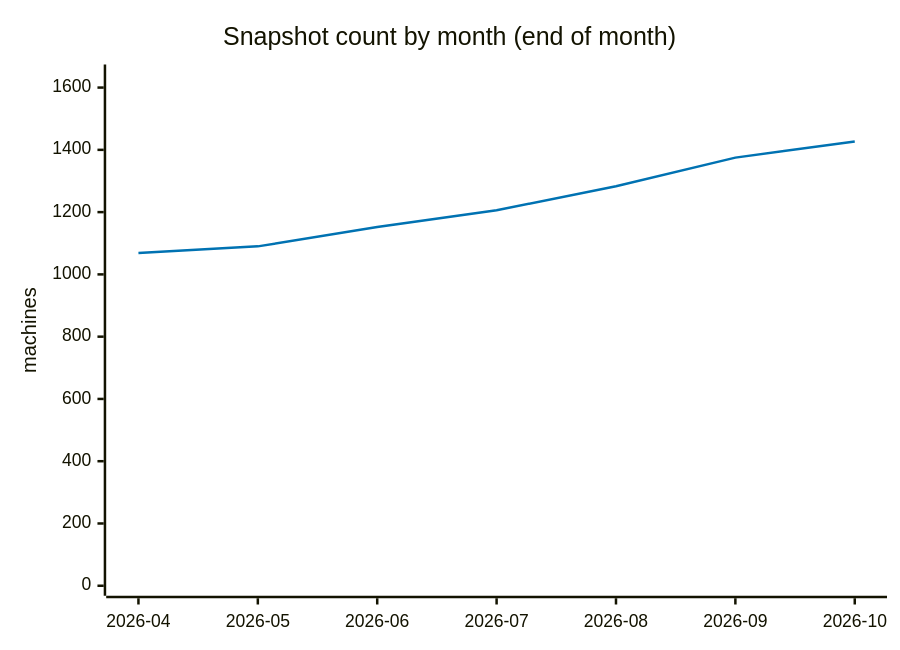
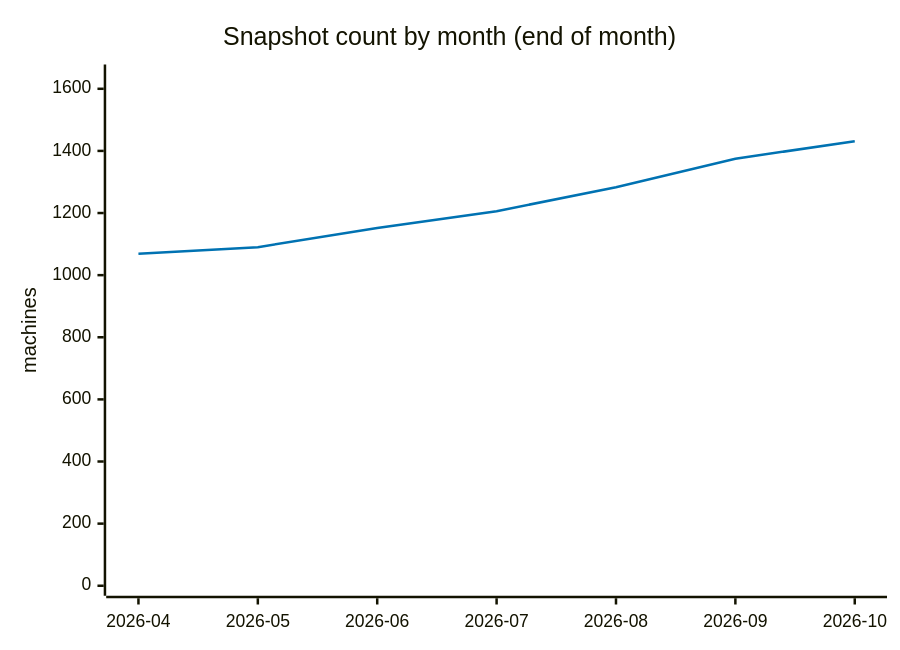
One commit to cheeaun/returnright-data changed the fourth of 5 diagrams in ANALYSIS.md. Above: the diagram before and after it, drawn with Mermaid. The commit also changed other lines of this file and 4 other files, not shown here.

````diff
--- a/ANALYSIS.md
+++ b/ANALYSIS.md
@@ -247,13 +247,13 @@
 ```mermaid
 ---
 config:
   themeVariables:
     xyChart:
       plotColorPalette: "#0072B2"
 ---
 xychart-beta
     title "Snapshot count by month (end of month)"
     x-axis ["2026-04", "2026-05", "2026-06", "2026-07", "2026-08", "2026-09", "2026-10"]
-    y-axis "machines" 0 --> 1642
-    line [1069, 1090, 1152, 1206, 1283, 1375, 1427]
+    y-axis "machines" 0 --> 1646
+    line [1069, 1090, 1152, 1206, 1283, 1375, 1431]
 ```
````
